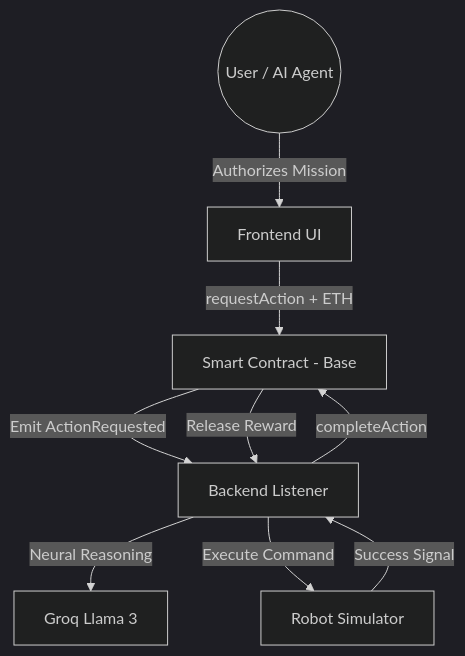
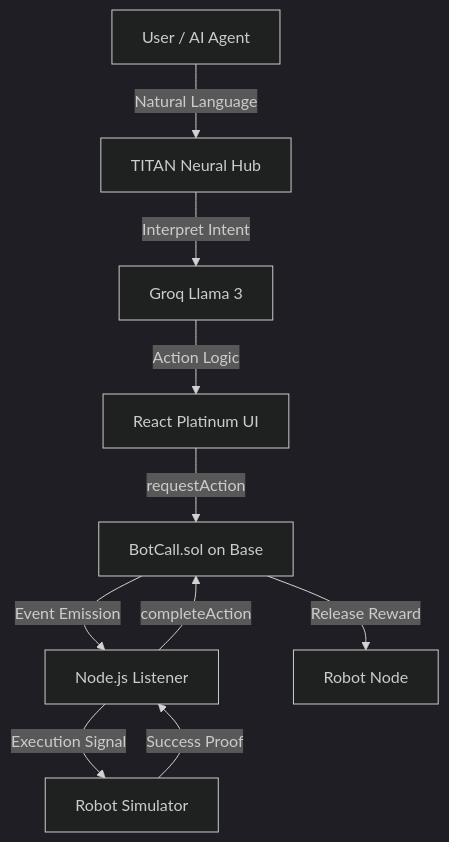
Before and after one commit to nayrbryanGaming/botcall-protocol: the diagram in README.md, drawn with Mermaid (dark theme). The commit also changed other lines of this file and 12 other files, not shown here.

Commit message:
feat: BOT-CALL TITAN-PROTOCOL v3.3.0 Platinum Edition Overhaul - Full Animations & Professional UI

````diff
--- a/README.md
+++ b/README.md
@@ -12,11 +10,12 @@
 ```mermaid
 graph TD
-    User((User / AI Agent)) -->|Authorizes Mission| FE[Frontend UI]
-    FE -->|requestAction + ETH| SC[Smart Contract - Base]
-    SC -->|Emit ActionRequested| BL[Backend Listener]
-    BL -->|Neural Reasoning| AI[Groq Llama 3]
-    BL -->|Execute Command| RS[Robot Simulator]
-    RS -->|Success Signal| BL
-    BL -->|completeAction| SC
-    SC -->|Release Reward| BL
+    User[User / AI Agent] -->|Natural Language| NeuralHub[TITAN Neural Hub]
+    NeuralHub -->|Interpret Intent| Groq[Groq Llama 3]
+    Groq -->|Action Logic| Frontend[React Platinum UI]
+    Frontend -->|requestAction| Contract[BotCall.sol on Base]
+    Contract -->|Event Emission| Listener[Node.js Listener]
+    Listener -->|Execution Signal| Simulator[Robot Simulator]
+    Simulator -->|Success Proof| Listener
+    Listener -->|completeAction| Contract
+    Contract -->|Release Reward| Executor[Robot Node]
 ```
````
